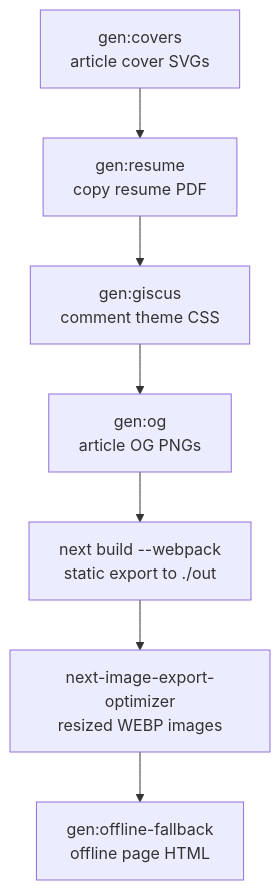
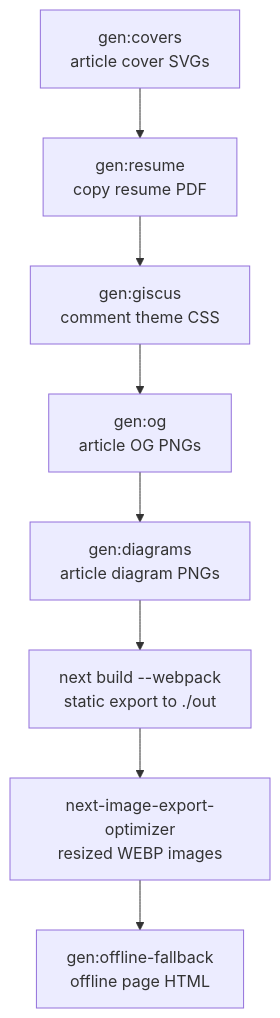
One commit to shibbirweb/shibbirweb.github.io changed the first of 2 diagrams in docs/wiki/Build-and-Deploy.md. Above: the diagram before and after it, drawn with Mermaid. The commit also changed other lines of this file and 22 other files, not shown here.

First line of the commit message:
feat(articles): draw reading mode diagram images at build time

````diff
--- a/docs/wiki/Build-and-Deploy.md
+++ b/docs/wiki/Build-and-Deploy.md
@@ -17,9 +17,10 @@
 ```mermaid
 flowchart TD
     A[gen:covers<br/>article cover SVGs] --> B[gen:resume<br/>copy resume PDF]
     B --> C[gen:giscus<br/>comment theme CSS]
     C --> D[gen:og<br/>article OG PNGs]
-    D --> E[next build --webpack<br/>static export to ./out]
+    D --> H[gen:diagrams<br/>article diagram PNGs]
+    H --> E[next build --webpack<br/>static export to ./out]
     E --> F[next-image-export-optimizer<br/>resized WEBP images]
     F --> G[gen:offline-fallback<br/>offline page HTML]
 ```
````
